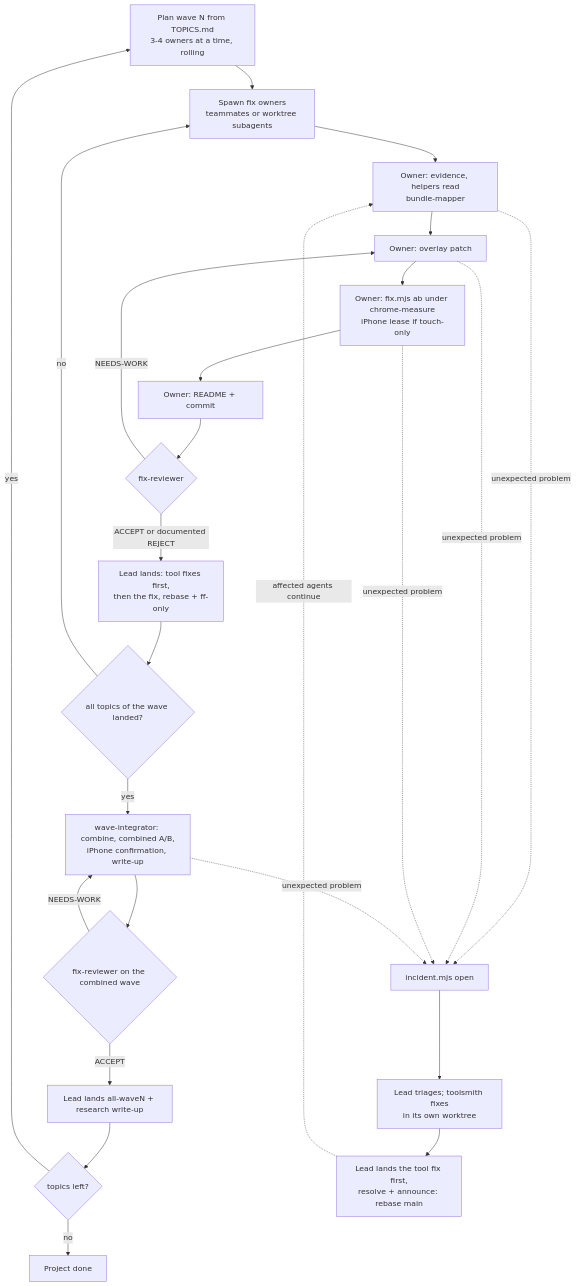
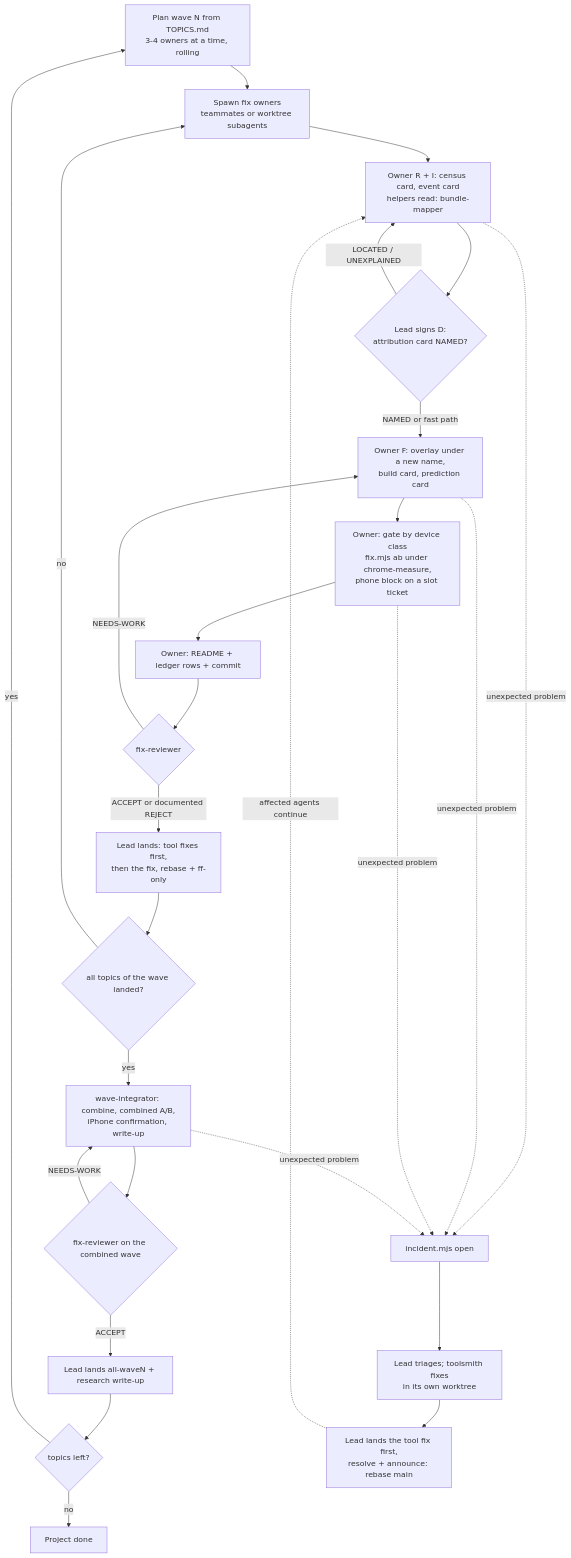
One commit to kitimark/loop-engineer-the-fastwork-web-optimize changed the diagram in fixes/LEAD.md. Above: the diagram before and after it, drawn with Mermaid. The commit also changed other lines of this file, not shown here.

Commit message:
docs(LEAD): protocol v2 stages and gates, lead sign-offs (D, fast path), slot tickets, review additions, canary rule (doc-protocol-v2)

````diff
--- a/fixes/LEAD.md
+++ b/fixes/LEAD.md
@@ -30,24 +30,26 @@
 ```mermaid
 flowchart TD
     P[Plan wave N from TOPICS.md<br/>3-4 owners at a time, rolling] --> S[Spawn fix owners<br/>teammates or worktree subagents]
-    S --> R[Owner: evidence, helpers read<br/>bundle-mapper]
-    R --> F[Owner: overlay patch]
-    F --> M[Owner: fix.mjs ab under chrome-measure<br/>iPhone lease if touch-only]
-    M --> D[Owner: README + commit]
+    S --> R[Owner R + I: census card, event card<br/>helpers read: bundle-mapper]
+    R --> A{Lead signs D:<br/>attribution card NAMED?}
+    A -- LOCATED / UNEXPLAINED --> R
+    A -- NAMED or fast path --> F[Owner F: overlay under a new name,<br/>build card, prediction card]
+    F --> M[Owner: gate by device class<br/>fix.mjs ab under chrome-measure,<br/>phone block on a slot ticket]
+    M --> D[Owner: README + ledger rows + commit]
     D --> V{fix-reviewer}
     V -- NEEDS-WORK --> F
     V -- ACCEPT or documented REJECT --> L[Lead lands: tool fixes first,<br/>then the fix, rebase + ff-only]
     L --> Q{all topics of the wave landed?}
     Q -- no --> S
     Q -- yes --> I[wave-integrator: combine, combined A/B,<br/>iPhone confirmation, write-up]
     I --> V2{fix-reviewer on the combined wave}
     V2 -- NEEDS-WORK --> I
     V2 -- ACCEPT --> L2[Lead lands all-waveN + research write-up]
     L2 --> N{topics left?}
     N -- yes --> P
     N -- no --> E[Project done]
     R & F & M & I -. unexpected problem .-> X[incident.mjs open]
     X --> T[Lead triages; toolsmith fixes<br/>in its own worktree]
     T --> L3[Lead lands the tool fix first,<br/>resolve + announce: rebase main]
     L3 -. affected agents continue .-> R
 ```
````
